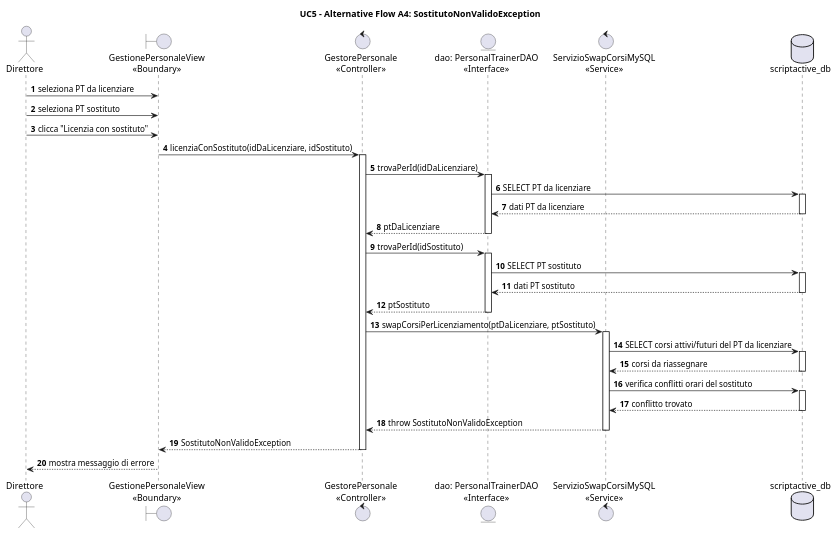
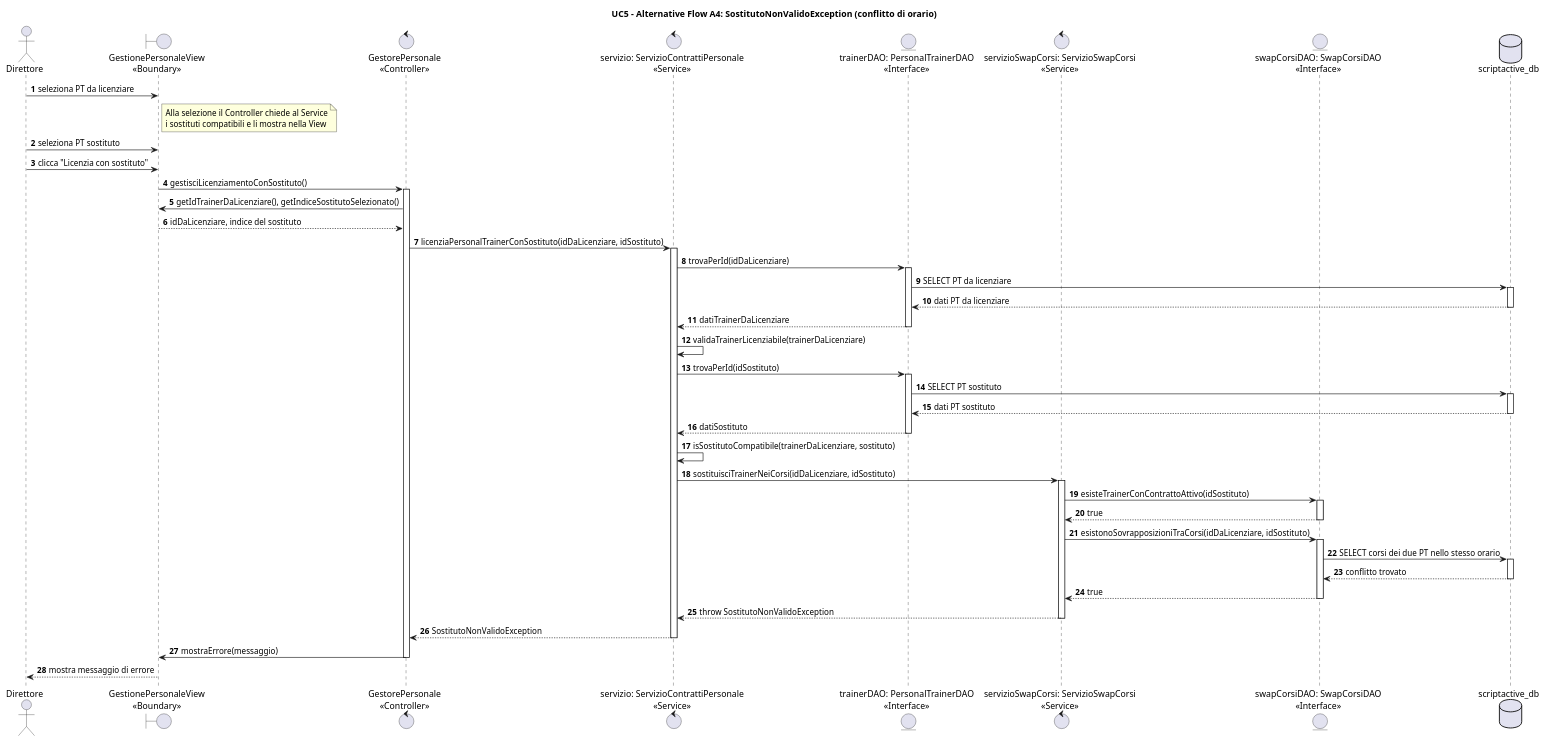
The eighth of 8 diagrams in ScriptActive/Documenti/08. Diagrammi di Sequenza/DSequenzaUC5.puml (svilu999/Progetto-ScriptActive), drawn with PlantUML before and after one commit. The commit also changed other lines of this file and 33 other files, not shown here.

First line of the commit message:
Allinea i diagrammi UML al codice attuale

```diff
--- a/ScriptActive/Documenti/08. Diagrammi di Sequenza/DSequenzaUC5.puml
+++ b/ScriptActive/Documenti/08. Diagrammi di Sequenza/DSequenzaUC5.puml
@@ -443,63 +520,82 @@
-@startuml A4_SostitutoNonValidoException_ConflittoOrario
-title UC5 - Alternative Flow A4: SostitutoNonValidoException
+@startuml DSequenzaUC5Alt4
+title UC5 - Alternative Flow A4: SostitutoNonValidoException (conflitto di orario)
 
 autonumber
 
 actor "Direttore" as Direttore
 boundary "GestionePersonaleView\n<<Boundary>>" as View
 control "GestorePersonale\n<<Controller>>" as Controller
-entity "dao: PersonalTrainerDAO\n<<Interface>>" as PTDAO
-control "ServizioSwapCorsiMySQL\n<<Service>>" as SwapService
+control "servizio: ServizioContrattiPersonale\n<<Service>>" as Servizio
+entity "trainerDAO: PersonalTrainerDAO\n<<Interface>>" as PTDAO
+control "servizioSwapCorsi: ServizioSwapCorsi\n<<Service>>" as SwapService
+entity "swapCorsiDAO: SwapCorsiDAO\n<<Interface>>" as SwapDAO
 database "scriptactive_db" as DB
 
 Direttore -> View : seleziona PT da licenziare
+note right of View
+Alla selezione il Controller chiede al Service
+i sostituti compatibili e li mostra nella View
+end note
 Direttore -> View : seleziona PT sostituto
 Direttore -> View : clicca "Licenzia con sostituto"
 
-View -> Controller : licenziaConSostituto(idDaLicenziare, idSostituto)
+View -> Controller : gestisciLicenziamentoConSostituto()
 activate Controller
 
-Controller -> PTDAO : trovaPerId(idDaLicenziare)
+Controller -> View : getIdTrainerDaLicenziare(), getIndiceSostitutoSelezionato()
+View --> Controller : idDaLicenziare, indice del sostituto
+
+Controller -> Servizio : licenziaPersonalTrainerConSostituto(idDaLicenziare, idSostituto)
+activate Servizio
+
+Servizio -> PTDAO : trovaPerId(idDaLicenziare)
 activate PTDAO
-
 PTDAO -> DB : SELECT PT da licenziare
 activate DB
 DB --> PTDAO : dati PT da licenziare
 deactivate DB
-
-PTDAO --> Controller : ptDaLicenziare
+PTDAO --> Servizio : datiTrainerDaLicenziare
 deactivate PTDAO
 
-Controller -> PTDAO : trovaPerId(idSostituto)
+Servizio -> Servizio : validaTrainerLicenziabile(trainerDaLicenziare)
+
+Servizio -> PTDAO : trovaPerId(idSostituto)
 activate PTDAO
-
 PTDAO -> DB : SELECT PT sostituto
 activate DB
 DB --> PTDAO : dati PT sostituto
 deactivate DB
-
-PTDAO --> Controller : ptSostituto
+PTDAO --> Servizio : datiSostituto
 deactivate PTDAO
 
-Controller -> SwapService : swapCorsiPerLicenziamento(ptDaLicenziare, ptSostituto)
+Servizio -> Servizio : isSostitutoCompatibile(trainerDaLicenziare, sostituto)
+
+Servizio -> SwapService : sostituisciTrainerNeiCorsi(idDaLicenziare, idSostituto)
 activate SwapService
 
-SwapService -> DB : SELECT corsi attivi/futuri del PT da licenziare
+SwapService -> SwapDAO : esisteTrainerConContrattoAttivo(idSostituto)
+activate SwapDAO
+SwapDAO --> SwapService : true
+deactivate SwapDAO
+
+SwapService -> SwapDAO : esistonoSovrapposizioniTraCorsi(idDaLicenziare, idSostituto)
+activate SwapDAO
+SwapDAO -> DB : SELECT corsi dei due PT nello stesso orario
 activate DB
-DB --> SwapService : corsi da riassegnare
+DB --> SwapDAO : conflitto trovato
 deactivate DB
+SwapDAO --> SwapService : true
+deactivate SwapDAO
 
-SwapService -> DB : verifica conflitti orari del sostituto
-activate DB
-DB --> SwapService : conflitto trovato
-deactivate DB
-
-SwapService --> Controller : throw SostitutoNonValidoException
+SwapService --> Servizio : throw SostitutoNonValidoException
 deactivate SwapService
 
-Controller --> View : SostitutoNonValidoException
+Servizio --> Controller : SostitutoNonValidoException
+deactivate Servizio
+
+Controller -> View : mostraErrore(messaggio)
 deactivate Controller
 
 View --> Direttore : mostra messaggio di errore
 
 @enduml
```
